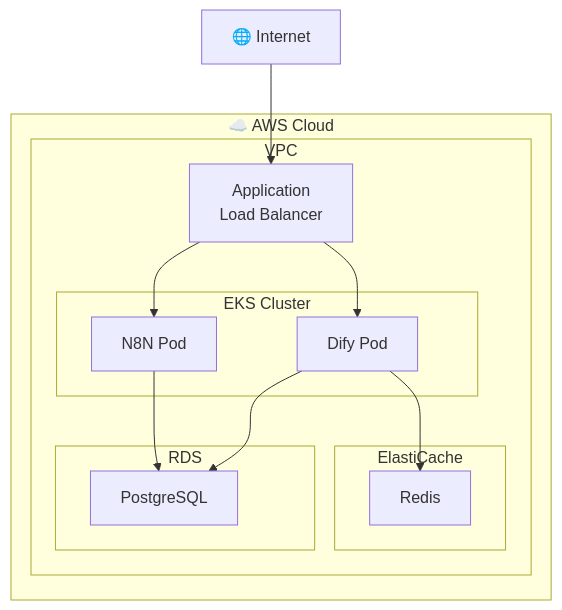
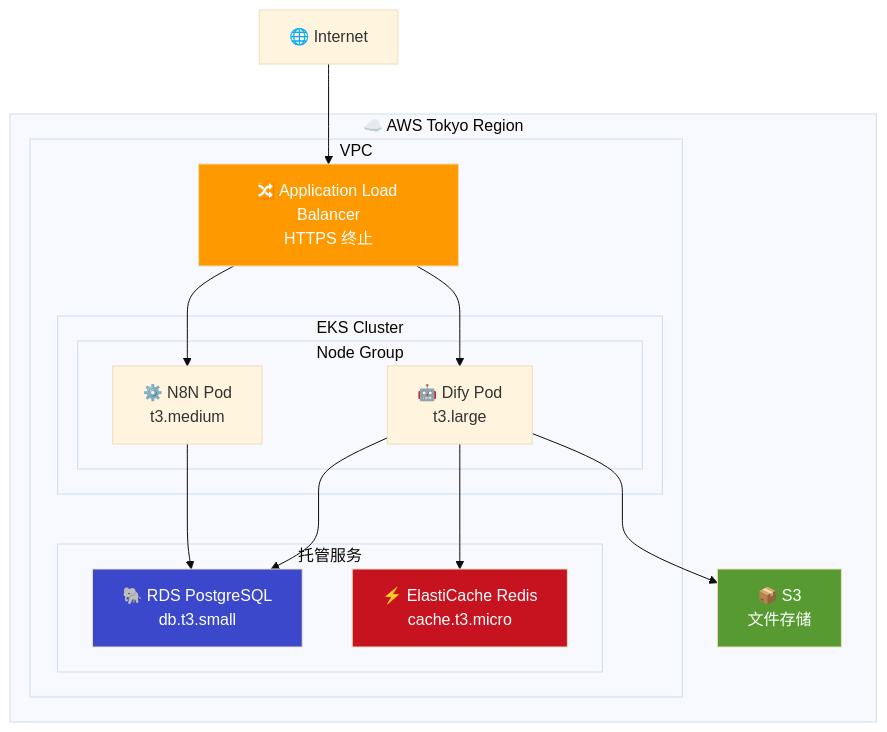
The ninth of 11 diagrams in docs/architecture/system-architecture.md (karl9141/ai-platform-technical), drawn with Mermaid before and after one commit. The commit also changed other lines of this file, not shown here.

Commit message:
docs: Enterprise-grade architecture diagrams with detailed Mermaid charts

````diff
--- a/docs/architecture/system-architecture.md
+++ b/docs/architecture/system-architecture.md
@@ -202,28 +394,36 @@
 ```mermaid
+%%{init: {'theme': 'base'}}%%
 flowchart TB
-    subgraph AWS["☁️ AWS Cloud"]
+    subgraph AWS["☁️ AWS Tokyo Region"]
         subgraph VPC["VPC"]
-            ALB["Application<br/>Load Balancer"]
+            ALB["🔀 Application Load Balancer<br/>HTTPS 终止"]
             
             subgraph EKS["EKS Cluster"]
-                N8N["N8N Pod"]
-                Dify["Dify Pod"]
+                subgraph NodeGroup["Node Group"]
+                    N8NPod["⚙️ N8N Pod<br/>t3.medium"]
+                    DifyPod["🤖 Dify Pod<br/>t3.large"]
+                end
             end
             
-            subgraph RDS["RDS"]
-                PostgreSQL["PostgreSQL"]
-            end
-            
-            subgraph ElastiCache["ElastiCache"]
-                Redis["Redis"]
+            subgraph Managed["托管服务"]
+                RDS["🐘 RDS PostgreSQL<br/>db.t3.small"]
+                ElastiCache["⚡ ElastiCache Redis<br/>cache.t3.micro"]
             end
         end
+        
+        S3["📦 S3<br/>文件存储"]
     end
     
     Internet["🌐 Internet"] --> ALB
-    ALB --> N8N
-    ALB --> Dify
-    N8N --> PostgreSQL
-    Dify --> PostgreSQL
-    Dify --> Redis
+    ALB --> N8NPod
+    ALB --> DifyPod
+    N8NPod --> RDS
+    DifyPod --> RDS
+    DifyPod --> ElastiCache
+    DifyPod --> S3
+
+    style ALB fill:#ff9900,color:#fff
+    style RDS fill:#3b48cc,color:#fff
+    style ElastiCache fill:#c7131f,color:#fff
+    style S3 fill:#569a31,color:#fff
 ```
````
